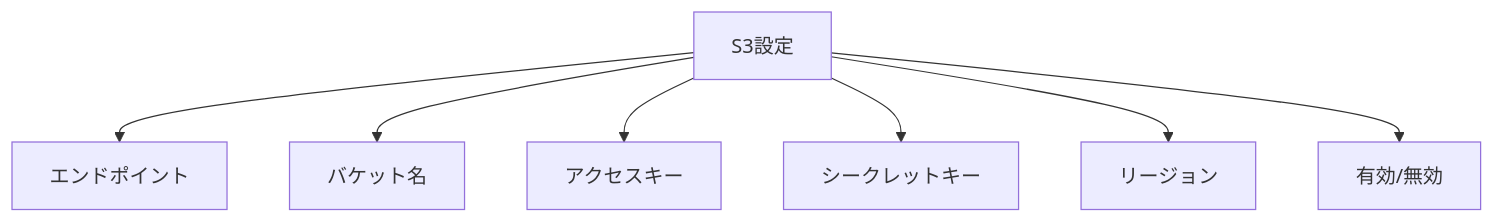
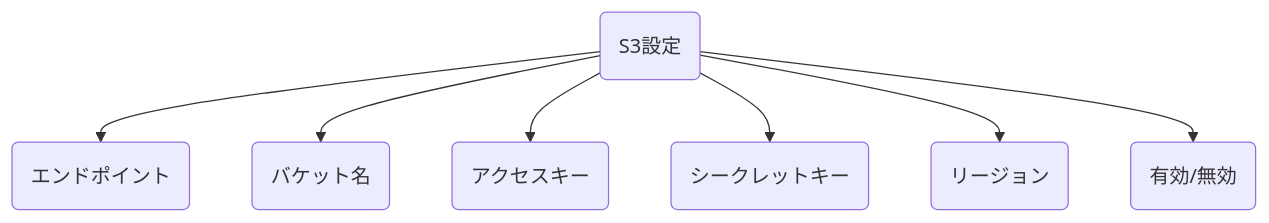
The eighth of 8 diagrams in textbooks/06_s3_backup.md (ssig33/fuckbase), drawn with Mermaid before and after one commit. The commit also changed other lines of this file and 6 other files, not shown here.

Commit message:
Fix Mermaid diagrams in all textbooks by using parentheses for node text and curly braces for decision nodes

````diff
--- a/textbooks/06_s3_backup.md
+++ b/textbooks/06_s3_backup.md
@@ -293,9 +293,9 @@
 ```mermaid
 graph TD
-    A[S3設定] --> B[エンドポイント]
-    A --> C[バケット名]
-    A --> D[アクセスキー]
-    A --> E[シークレットキー]
-    A --> F[リージョン]
-    A --> G[有効/無効]
+    A("S3設定") --> B("エンドポイント")
+    A --> C("バケット名")
+    A --> D("アクセスキー")
+    A --> E("シークレットキー")
+    A --> F("リージョン")
+    A --> G("有効/無効")
 ```
````
